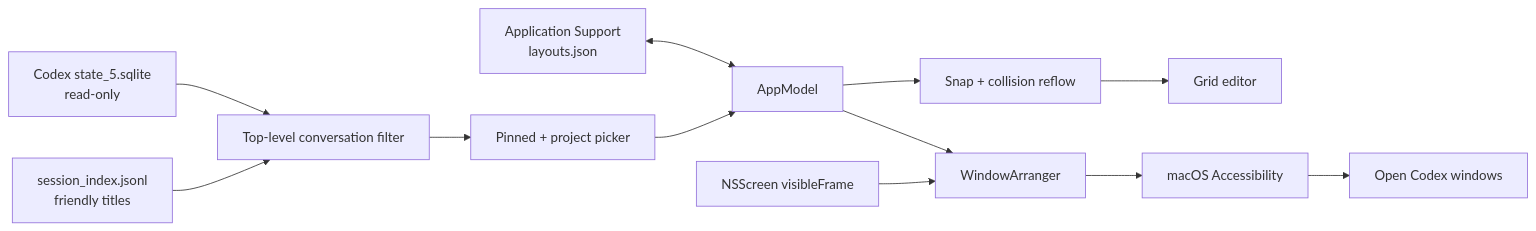
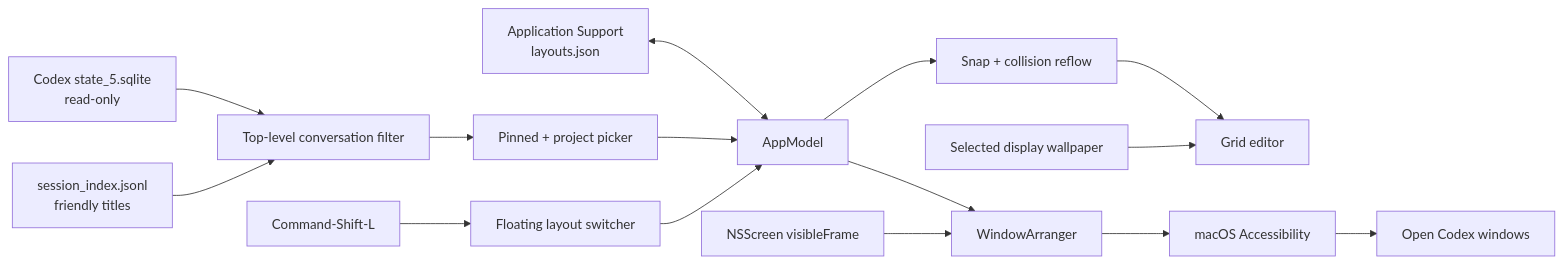
One commit to RammonZub/codex-layouts changed the diagram in docs/ARCHITECTURE.md. Above: the diagram before and after it, drawn with Mermaid. The commit also changed other lines of this file and 23 other files, not shown here.

Commit message:
Add wallpaper canvas and global layout switcher

````diff
--- a/docs/ARCHITECTURE.md
+++ b/docs/ARCHITECTURE.md
@@ -24,14 +24,17 @@
 ```mermaid
 flowchart LR
     DB["Codex state_5.sqlite<br/>read-only"] --> Filter["Top-level conversation filter"]
     Titles["session_index.jsonl<br/>friendly titles"] --> Filter
     Filter --> Picker["Pinned + project picker"]
     JSON["Application Support<br/>layouts.json"] <--> Model["AppModel"]
     Picker --> Model
     Model --> Grid["Snap + collision reflow"]
     Grid --> Preview["Grid editor"]
     Model --> Arranger["WindowArranger"]
+    Hotkey["Command-Shift-L"] --> Switcher["Floating layout switcher"]
+    Switcher --> Model
     Screen["NSScreen visibleFrame"] --> Arranger
+    Wallpaper["Selected display wallpaper"] --> Preview
     Arranger --> AX["macOS Accessibility"]
     AX --> Codex["Open Codex windows"]
 ```
````
